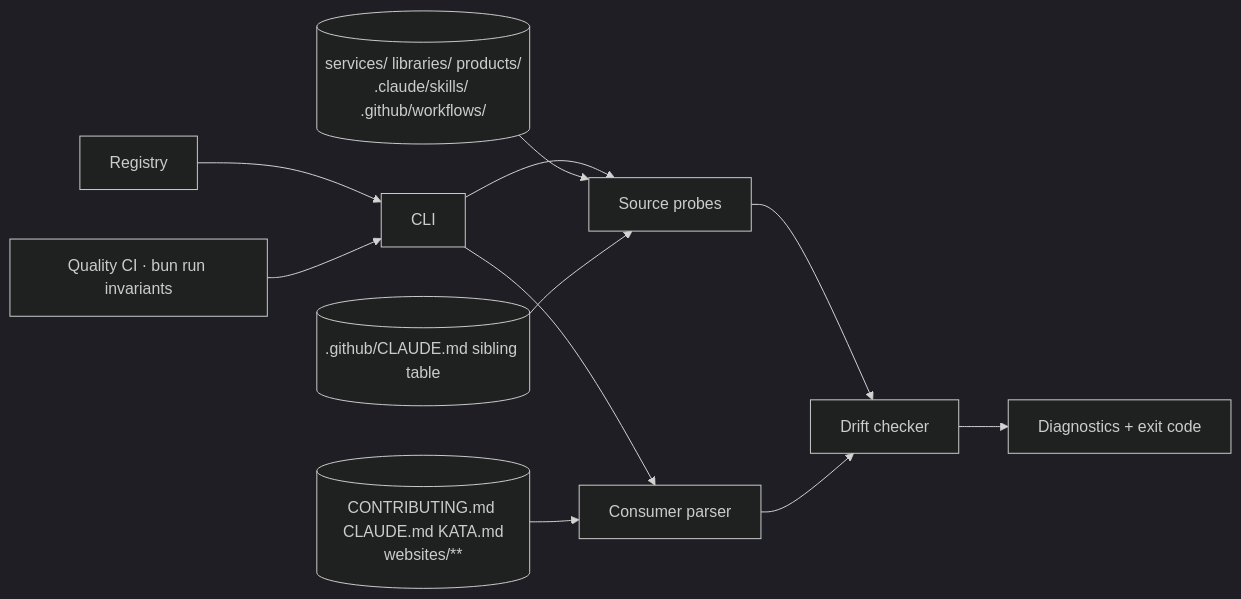
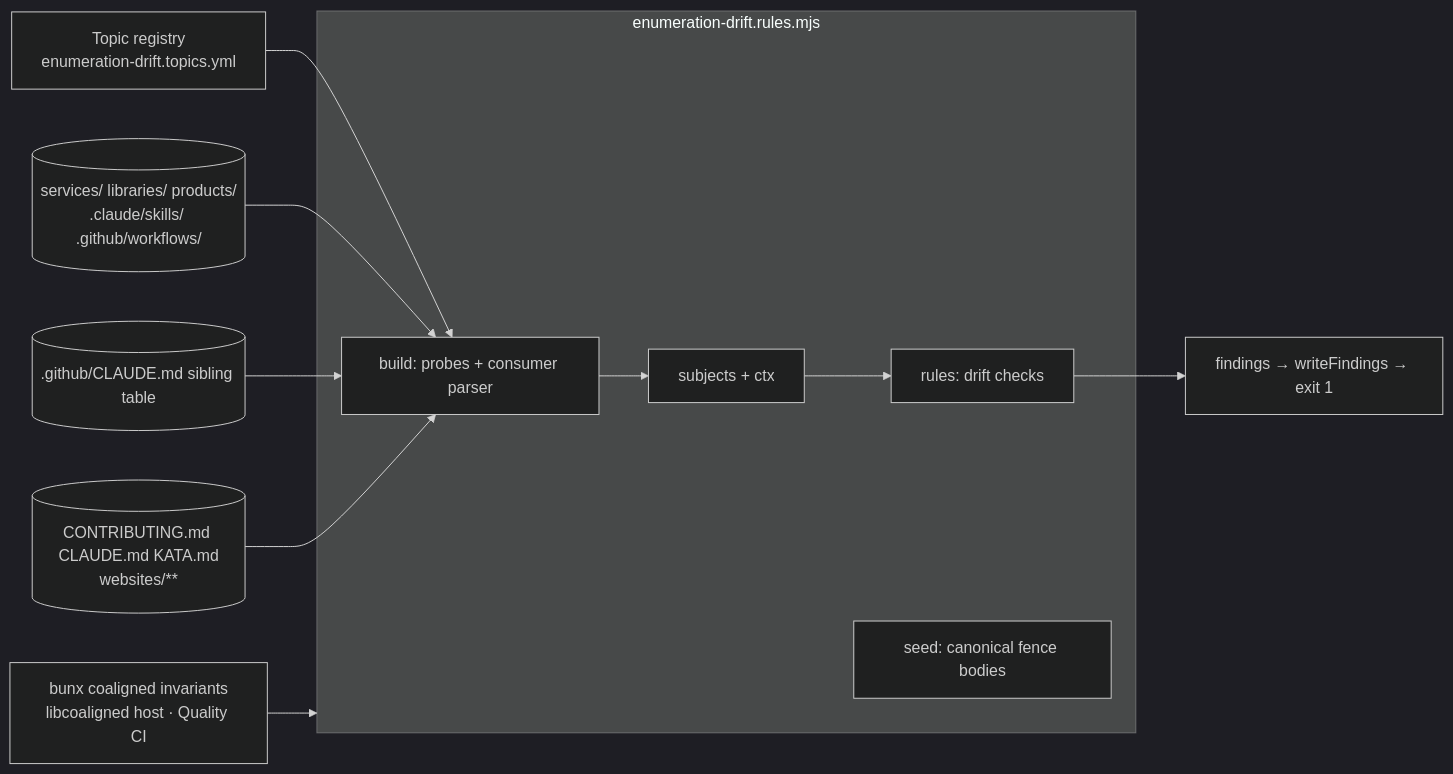
The diagram in specs/1460-enumeration-drift-build-time-assertion/design-a.md (forwardimpact/monorepo), drawn with Mermaid (dark theme) before and after one commit. The commit also changed other lines of this file, not shown here.

First line of the commit message:
design(1460): re-anchor against .coaligned/invariants rules-module substrate

````diff
--- a/specs/1460-enumeration-drift-build-time-assertion/design-a.md
+++ b/specs/1460-enumeration-drift-build-time-assertion/design-a.md
@@ -9,13 +15,14 @@
 ```mermaid
 flowchart LR
-  R[Registry] --> CLI
-  CLI --> P[Source probes]
-  CLI --> C[Consumer parser]
-  P --> D[Drift checker]
-  C --> D
-  D --> O[Diagnostics + exit code]
-  FS1[(services/ libraries/ products/<br/>.claude/skills/ .github/workflows/)] --> P
-  FS2[(.github/CLAUDE.md sibling table)] --> P
-  FS3[(CONTRIBUTING.md CLAUDE.md KATA.md<br/>websites/**)] --> C
-  CI[Quality CI · bun run invariants] --> CLI
+  REG[Topic registry<br/>enumeration-drift.topics.yml] --> B
+  subgraph M[enumeration-drift.rules.mjs]
+    B[build: probes + consumer parser] --> S[subjects + ctx]
+    S --> RU[rules: drift checks]
+    SEED[seed: canonical fence bodies]
+  end
+  FS1[(services/ libraries/ products/<br/>.claude/skills/ .github/workflows/)] --> B
+  FS2[(.github/CLAUDE.md sibling table)] --> B
+  FS3[(CONTRIBUTING.md CLAUDE.md KATA.md<br/>websites/**)] --> B
+  HOST[bunx coaligned invariants<br/>libcoaligned host · Quality CI] --> M
+  RU --> F[findings → writeFindings → exit 1]
 ```
````
